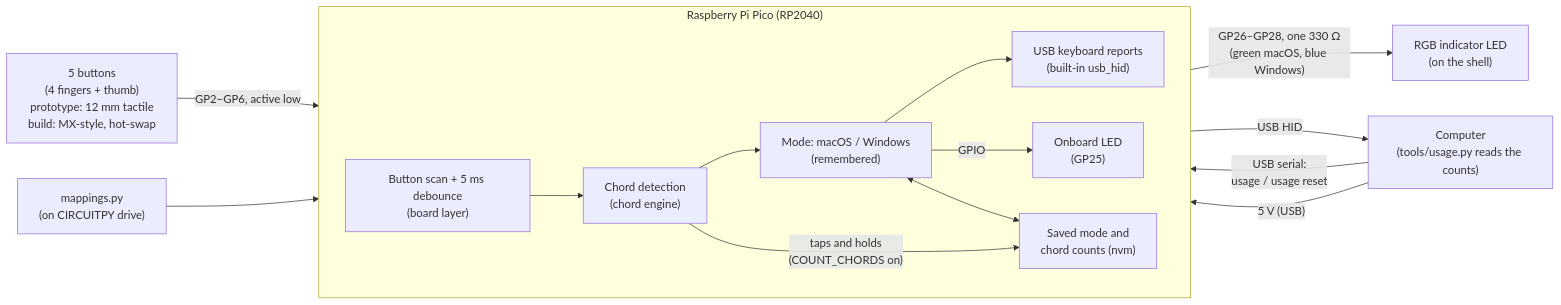
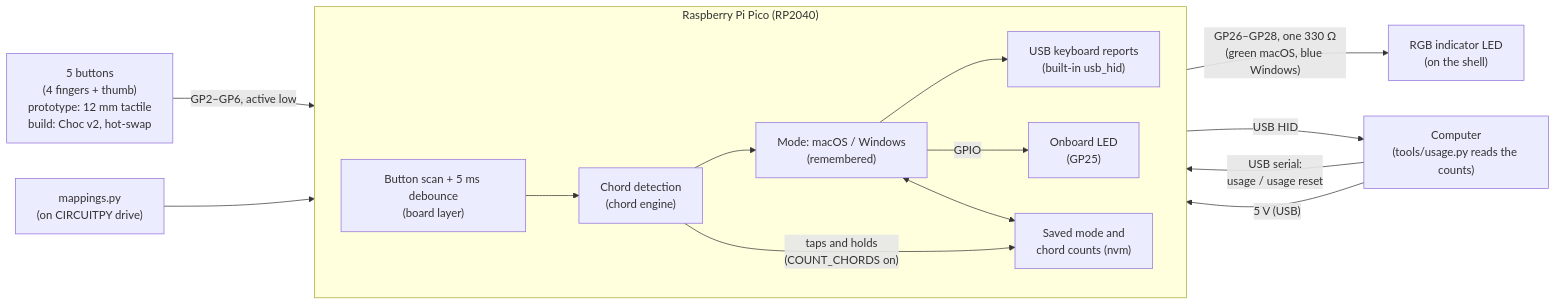
One commit to malkam03/handful changed the first of 3 diagrams in docs/architecture.md. Above: the diagram before and after it, drawn with Mermaid. The commit also changed other lines of this file and 40 other files, not shown here.

````diff
--- a/docs/architecture.md
+++ b/docs/architecture.md
@@ -13,27 +13,27 @@
 ```mermaid
 flowchart LR
-    buttons["5 buttons<br/>(4 fingers + thumb)<br/>prototype: 12 mm tactile<br/>build: MX-style, hot-swap"]
+    buttons["5 buttons<br/>(4 fingers + thumb)<br/>prototype: 12 mm tactile<br/>build: Choc v2, hot-swap"]
     subgraph pico["Raspberry Pi Pico (RP2040)"]
         direction LR
         scan["Button scan + 5 ms debounce<br/>(board layer)"]
         chord["Chord detection<br/>(chord engine)"]
         mode["Mode: macOS / Windows<br/>(remembered)"]
         hid["USB keyboard reports<br/>(built-in usb_hid)"]
         led["Onboard LED<br/>(GP25)"]
         scan --> chord --> mode --> hid
         mode -- GPIO --> led
         nvm["Saved mode and<br/>chord counts (nvm)"]
         mode <--> nvm
         chord -- "taps and holds<br/>(COUNT_CHORDS on)" --> nvm
     end
     config["mappings.py<br/>(on CIRCUITPY drive)"]
     rgb["RGB indicator LED<br/>(on the shell)"]
     host["Computer<br/>(tools/usage.py reads the counts)"]
 
     buttons -- "GP2–GP6, active low" --> scan
     mode -- "GP26–GP28, one 330 Ω<br/>(green macOS, blue Windows)" --> rgb
     config --> mode
     hid -- USB HID --> host
     host -- "USB serial:<br/>usage / usage reset" --> nvm
     host -- "5 V (USB)" --> pico
 ```
````
